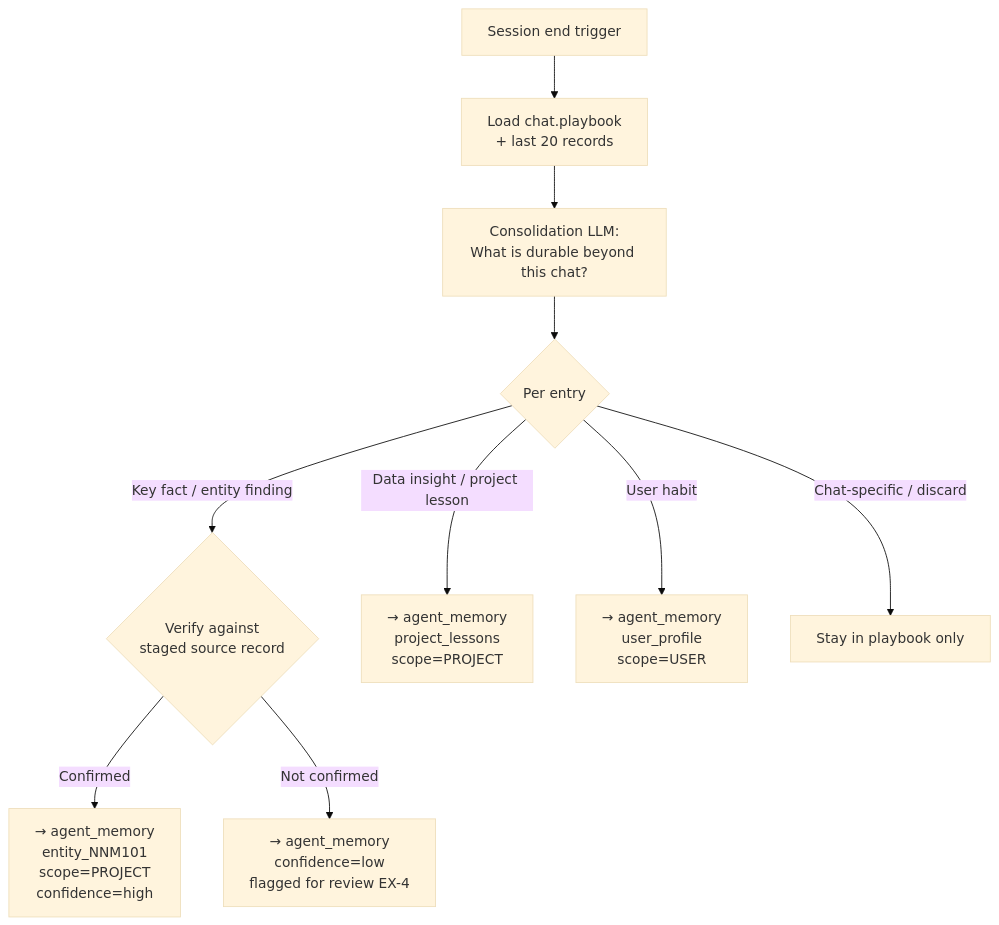
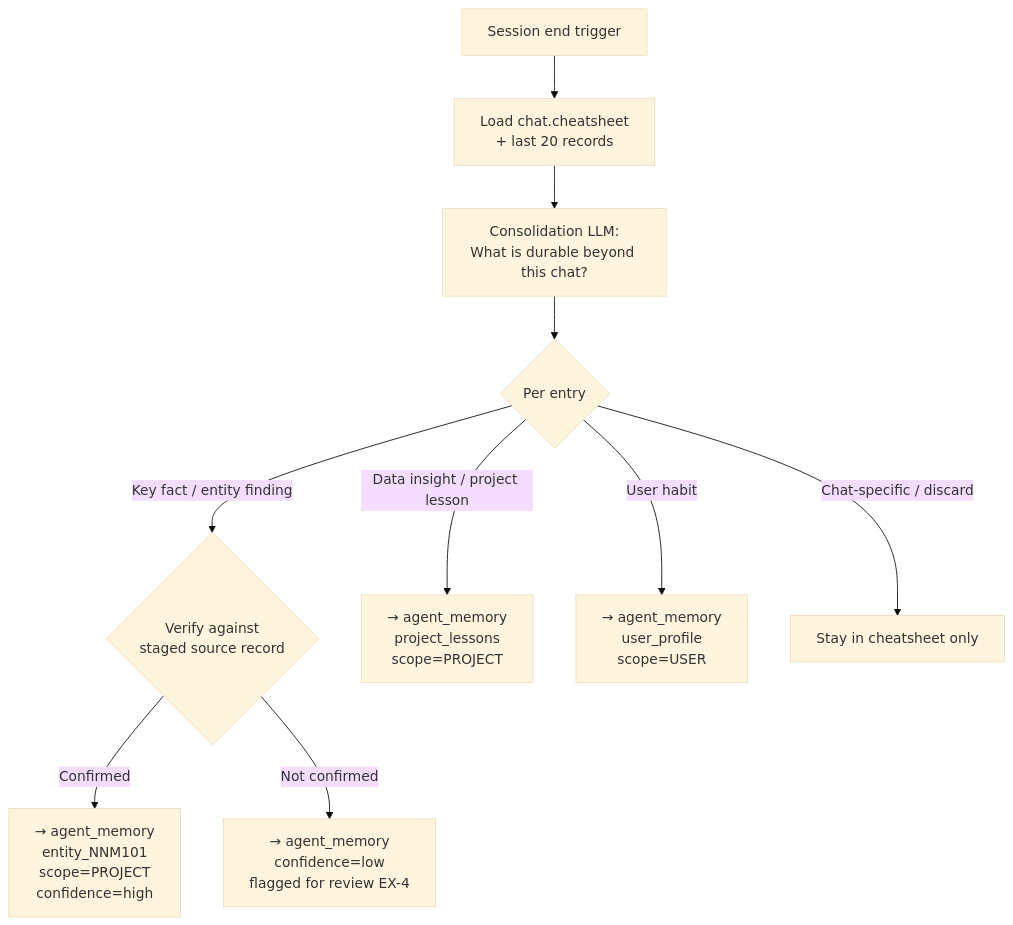
One commit to wiedersehne/Ida-arch changed the eighth of 9 diagrams in memory-gap-analysis-n-solution.md. Above: the diagram before and after it, drawn with Mermaid (base theme). The commit also changed other lines of this file, not shown here.

````diff
--- a/memory-gap-analysis-n-solution.md
+++ b/memory-gap-analysis-n-solution.md
@@ -317,12 +403,12 @@
 ```mermaid
 flowchart TD
-    A[Session end trigger] --> B[Load chat.playbook\n+ last 20 records]
+    A[Session end trigger] --> B[Load chat.cheatsheet\n+ last 20 records]
     B --> C[Consolidation LLM:\nWhat is durable beyond this chat?]
     C --> D{Per entry}
     D -->|Key fact / entity finding| V{Verify against\nstaged source record}
     V -->|Confirmed| E[→ agent_memory\nentity_NNM101\nscope=PROJECT\nconfidence=high]
     V -->|Not confirmed| EL[→ agent_memory\nconfidence=low\nflagged for review EX-4]
     D -->|Data insight / project lesson| F[→ agent_memory\nproject_lessons\nscope=PROJECT]
     D -->|User habit| UH[→ agent_memory\nuser_profile\nscope=USER]
-    D -->|Chat-specific / discard| G[Stay in playbook only]
+    D -->|Chat-specific / discard| G[Stay in cheatsheet only]
 ```
````
